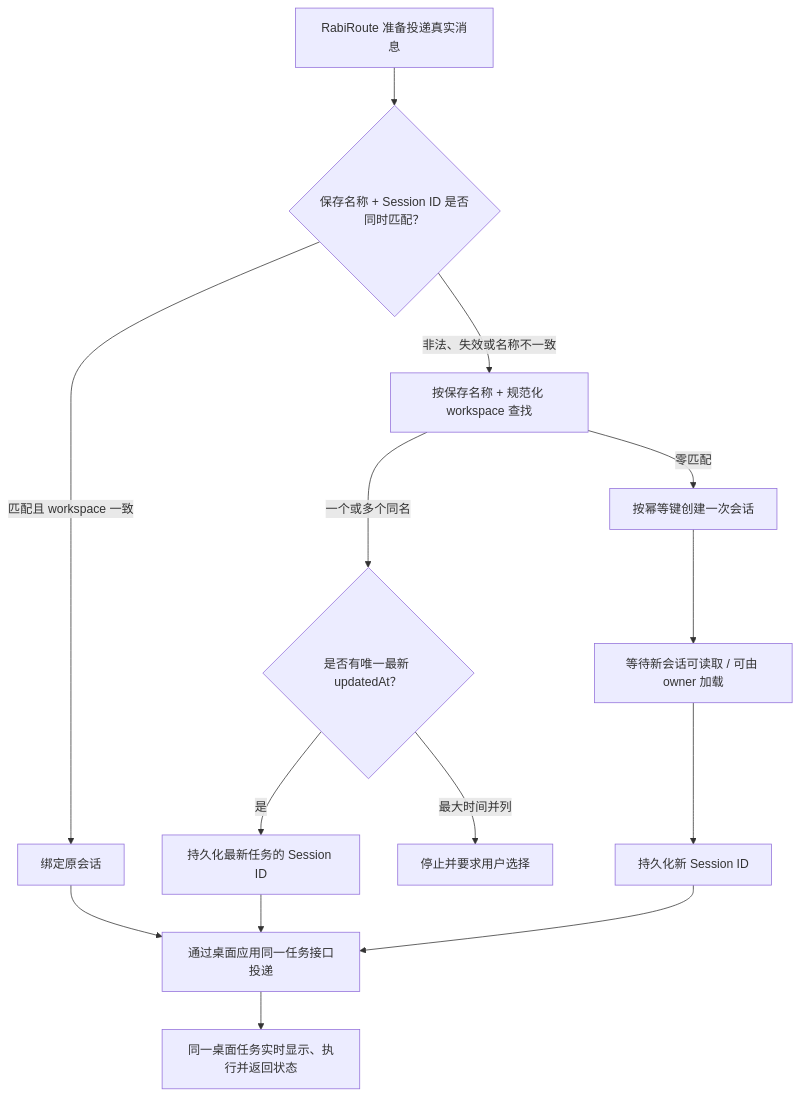
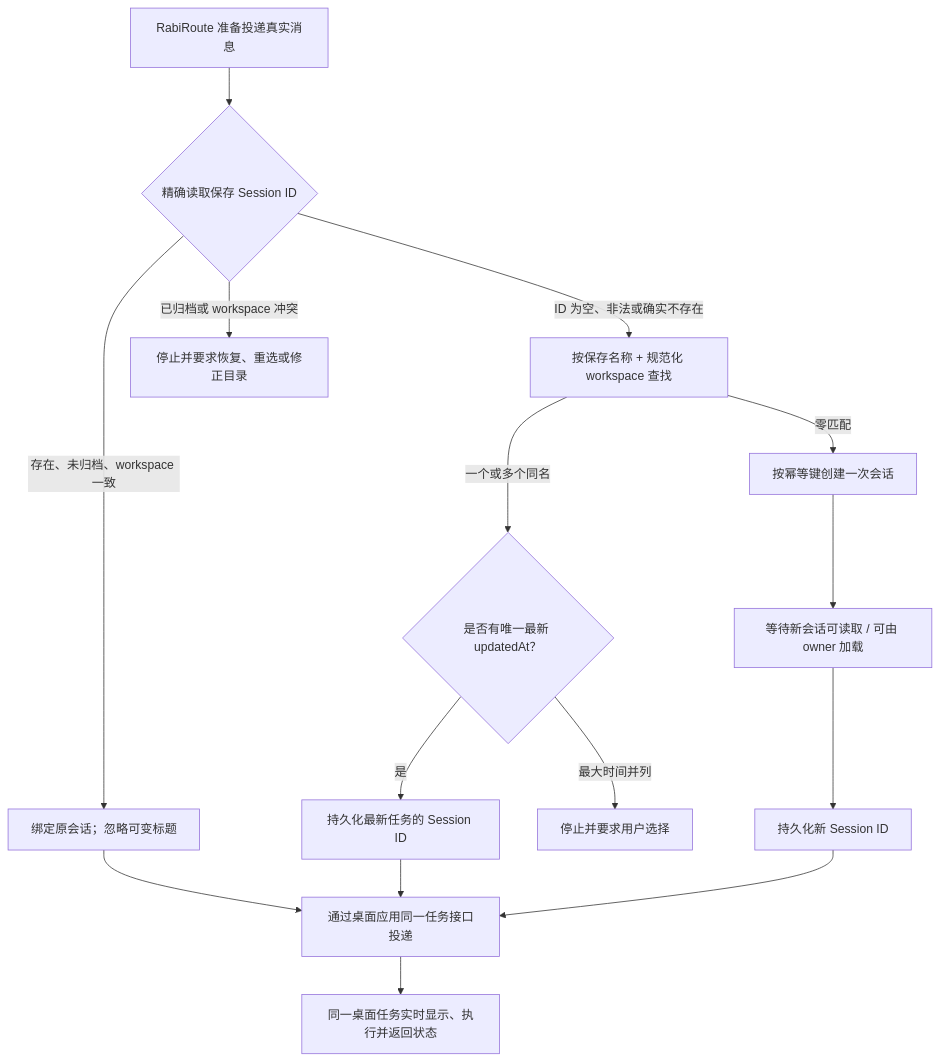
One commit to vb2250158/RabiRoute changed the first of 2 diagrams in docs/agent-adapter-standard-requirements.md. Above: the diagram before and after it, drawn with Mermaid. The commit also changed other lines of this file and 21 other files, not shown here.

````diff
--- a/docs/agent-adapter-standard-requirements.md
+++ b/docs/agent-adapter-standard-requirements.md
@@ -34,16 +34,17 @@
 ```mermaid
 flowchart TD
-    M["RabiRoute 准备投递真实消息"] --> I{"保存名称 + Session ID 是否同时匹配？"}
-    I -->|"匹配且 workspace 一致"| B["绑定原会话"]
-    I -->|"非法、失效或名称不一致"| Q["按保存名称 + 规范化 workspace 查找"]
+    M["RabiRoute 准备投递真实消息"] --> I{"精确读取保存 Session ID"}
+    I -->|"存在、未归档、workspace 一致"| B["绑定原会话；忽略可变标题"]
+    I -->|"ID 为空、非法或确实不存在"| Q["按保存名称 + 规范化 workspace 查找"]
+    I -->|"已归档或 workspace 冲突"| X["停止并要求恢复、重选或修正目录"]
     Q -->|"一个或多个同名"| N{"是否有唯一最新 updatedAt？"}
     Q -->|"零匹配"| C["按幂等键创建一次会话"]
     N -->|"是"| P["持久化最新任务的 Session ID"]
     N -->|"最大时间并列"| A["停止并要求用户选择"]
     C --> V["等待新会话可读取 / 可由 owner 加载"]
     V --> P2["持久化新 Session ID"]
     B --> D["通过桌面应用同一任务接口投递"]
     P --> D
     P2 --> D
     D --> O["同一桌面任务实时显示、执行并返回状态"]
 ```
````
